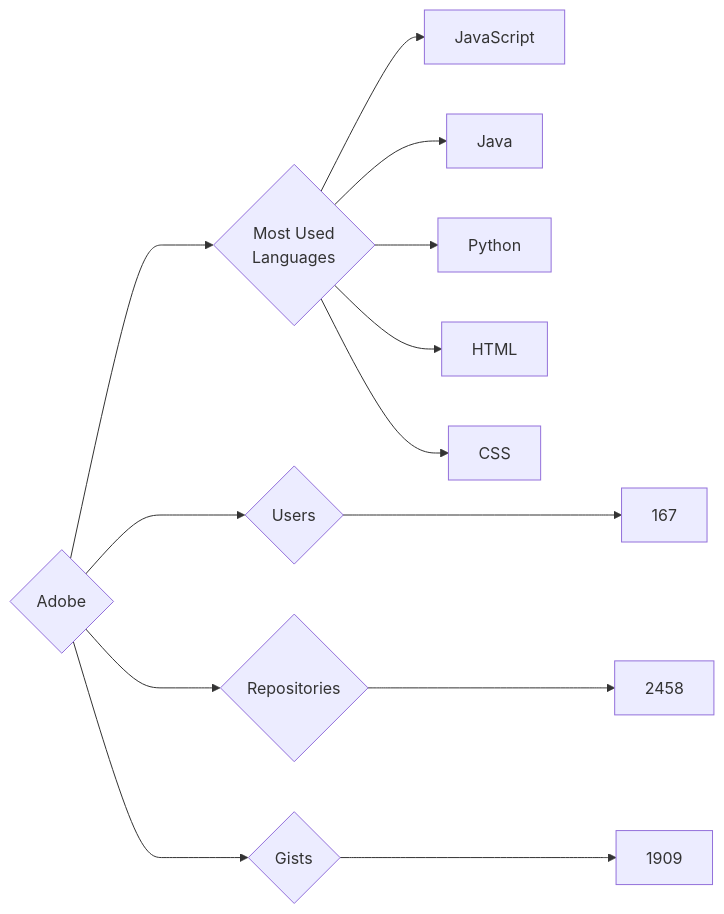
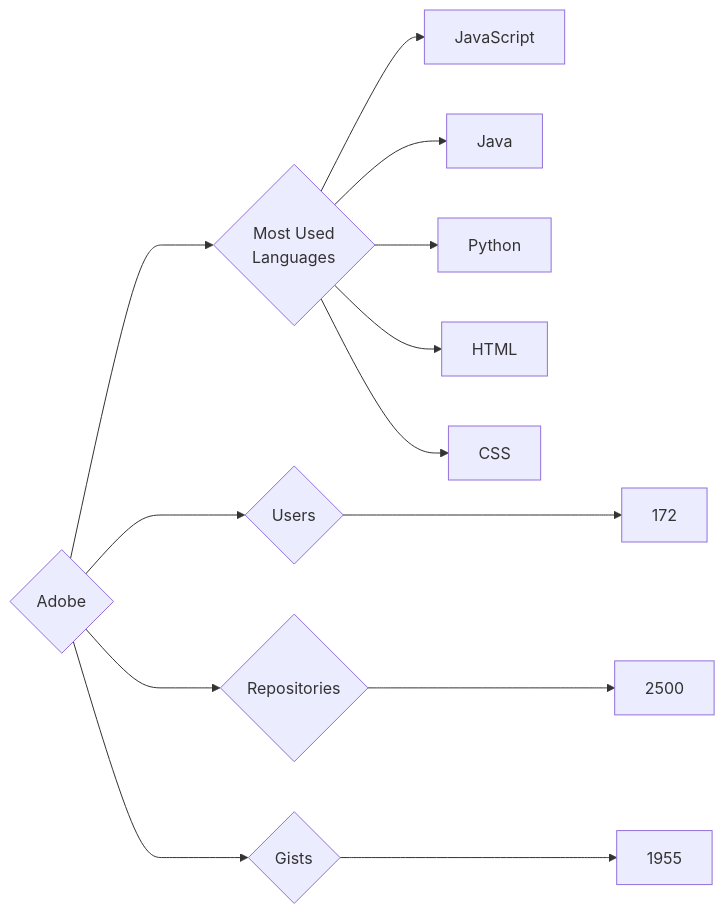
The diagram in targets/Adobe/README.md (trickest/insiders), drawn with Mermaid before and after one commit. The commit also changed 679 other files, not shown here.

````diff
--- a/targets/Adobe/README.md
+++ b/targets/Adobe/README.md
@@ -3,13 +3,13 @@
 ```mermaid
 graph LR
 COMPANY_NAME{Adobe}
-COMPANY_NAME ---> U{Users} ---> UN[167]
-COMPANY_NAME ---> R{Repositories} ---> RN[2458]
-COMPANY_NAME ---> G{Gists} ---> GN[1909]
+COMPANY_NAME ---> U{Users} ---> UN[172]
+COMPANY_NAME ---> R{Repositories} ---> RN[2500]
+COMPANY_NAME ---> G{Gists} ---> GN[1955]
 COMPANY_NAME ---> ML{Most Used<br>Languages}
 ML --> JavaScript[JavaScript]
 ML --> Java[Java]
 ML --> Python[Python]
 ML --> HTML[HTML]
 ML --> CSS[CSS]
 ```
````
